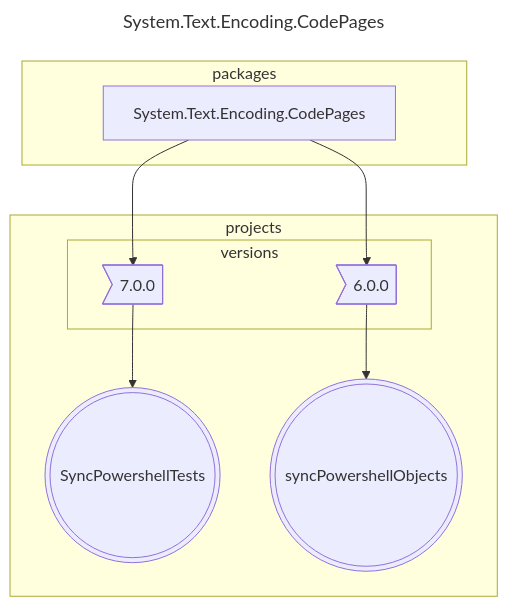
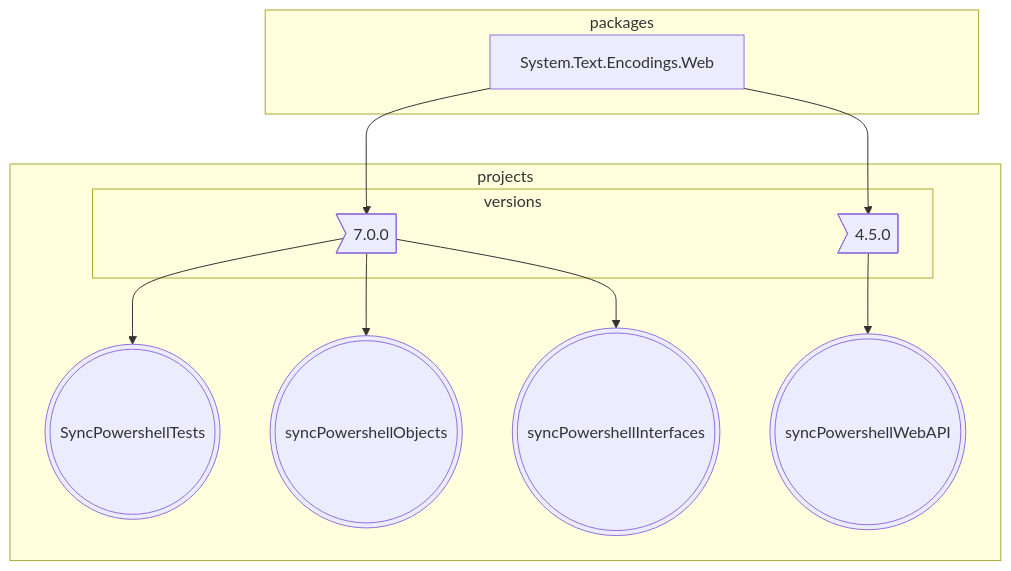
One commit to ignatandrei/syncPowershellProfile changed the fourth of 4 diagrams in documentation/syncPowershell/docs/TechnicalDocs/MermaidVisualizerMajorDiffer.md. Above: the diagram before and after it, drawn with Mermaid. The commit also changed other lines of this file and 5 other files, not shown here.

````diff
--- a/documentation/syncPowershell/docs/TechnicalDocs/MermaidVisualizerMajorDiffer.md
+++ b/documentation/syncPowershell/docs/TechnicalDocs/MermaidVisualizerMajorDiffer.md
@@ -59,23 +82,24 @@
 ```mermaid
----
-title: System.Text.Encoding.CodePages
----
-        flowchart TB
-        subgraph packages
-            System.Text.Encoding.CodePages
+graph TB
+subgraph packages
+    System.Text.Encodings.Web
 
-        end
-        subgraph projects
+end
+subgraph projects
 SyncPowershellTests(((SyncPowershellTests)))
 syncPowershellObjects(((syncPowershellObjects)))
+syncPowershellInterfaces(((syncPowershellInterfaces)))
+syncPowershellWebAPI(((syncPowershellWebAPI)))
     subgraph versions
 7.0.0>7.0.0]
-6.0.0>6.0.0]
+4.5.0>4.5.0]
     end
-System.Text.Encoding.CodePages-->7.0.0
+System.Text.Encodings.Web-->7.0.0
 7.0.0-->SyncPowershellTests
-System.Text.Encoding.CodePages-->6.0.0
-6.0.0-->syncPowershellObjects
+7.0.0-->syncPowershellObjects
+7.0.0-->syncPowershellInterfaces
+System.Text.Encodings.Web-->4.5.0
+4.5.0-->syncPowershellWebAPI
 
     end
 ```
````
